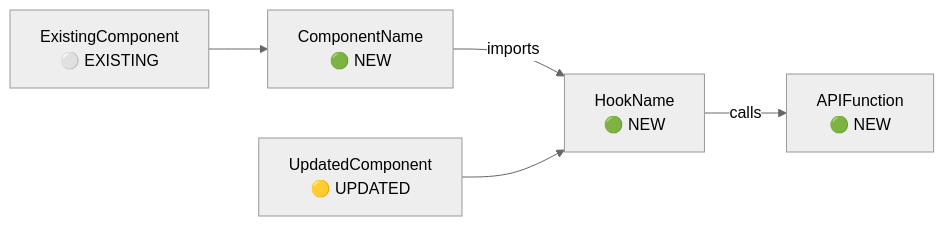
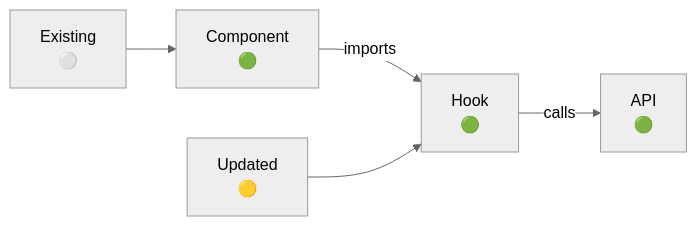
One commit to ajelinek/SpecFlow changed the first of 3 diagrams in vibing/templates/T11c - Implementation Design.md. Above: the diagram before and after it, drawn with Mermaid (neutral theme). The commit also changed other lines of this file and 4 other files, not shown here.

Commit message:
Refined the diagram requirements and excluded css / styling from the implementation details.

````diff
--- a/vibing/templates/T11c - Implementation Design.md
+++ b/vibing/templates/T11c - Implementation Design.md
@@ -28,7 +29,7 @@
 ```mermaid
 graph LR
-    A[ComponentName<br/>🟢 NEW] -->|imports| B[HookName<br/>🟢 NEW]
-    B -->|calls| C[APIFunction<br/>🟢 NEW]
-    D[ExistingComponent<br/>⚪ EXISTING] --> A
-    E[UpdatedComponent<br/>🟡 UPDATED] --> B
+    A[Component<br/>🟢] -->|imports| B[Hook<br/>🟢]
+    B -->|calls| C[API<br/>🟢]
+    D[Existing<br/>⚪] --> A
+    E[Updated<br/>🟡] --> B
 ```
````
